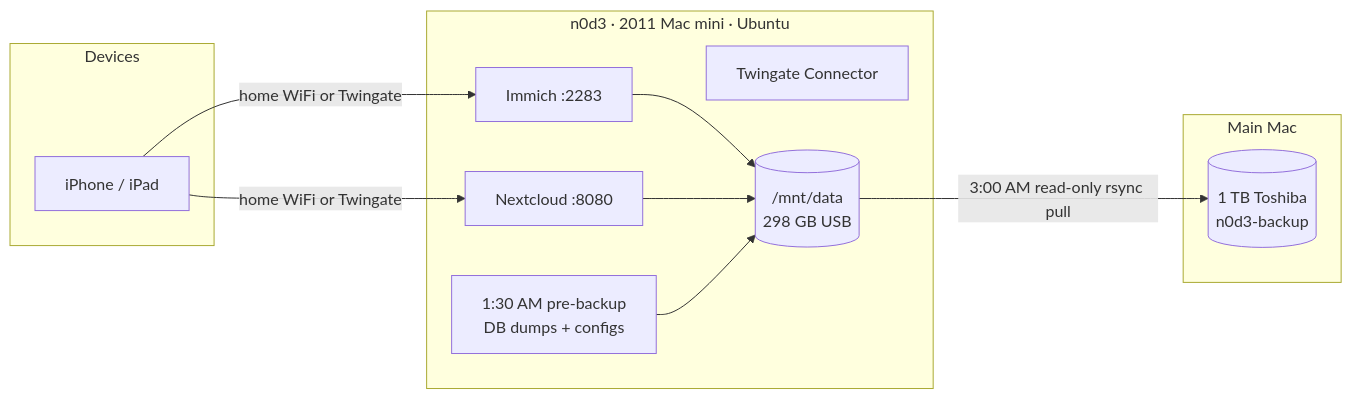
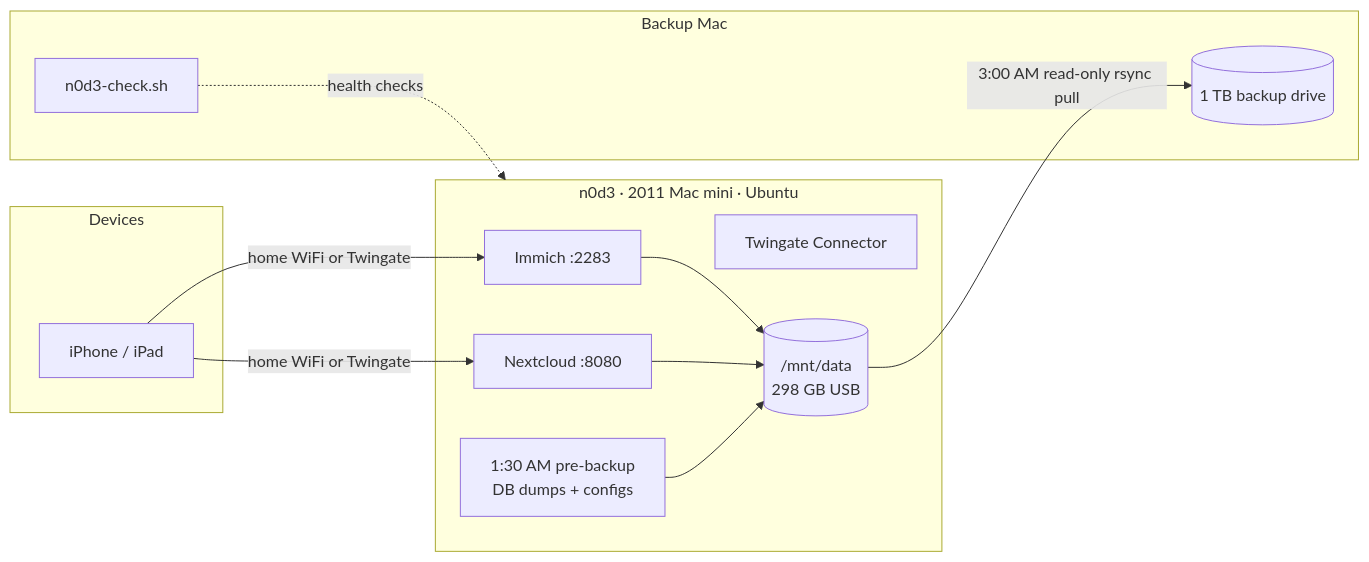
One commit to r34lz3y/n0d3---The-Digital-Keeper changed the diagram in README.md. Above: the diagram before and after it, drawn with Mermaid. The commit also changed other lines of this file, not shown here.

````diff
--- a/README.md
+++ b/README.md
@@ -53,22 +73,24 @@
 ```mermaid
 flowchart LR
     subgraph Devices
         P[iPhone / iPad]
     end
     subgraph n0d3 [n0d3 · 2011 Mac mini · Ubuntu]
         I[Immich :2283]
         N[Nextcloud :8080]
         T[Twingate Connector]
         D[(/mnt/data<br/>298 GB USB)]
         S[1:30 AM pre-backup<br/>DB dumps + configs]
     end
-    subgraph Mac [Main Mac]
-        B[(1 TB Toshiba<br/>n0d3-backup)]
+    subgraph Mac [Backup Mac]
+        B[(1 TB backup drive)]
+        C[n0d3-check.sh]
     end
     P -- home WiFi or Twingate --> I
     P -- home WiFi or Twingate --> N
     I --> D
     N --> D
     S --> D
     D -- 3:00 AM read-only rsync pull --> B
+    C -. health checks .-> n0d3
 ```
````
